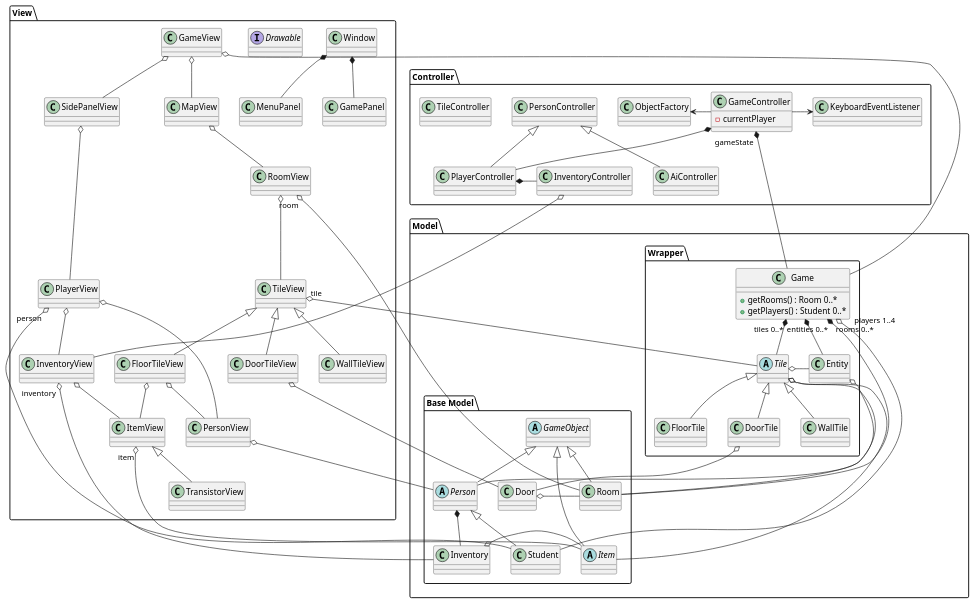
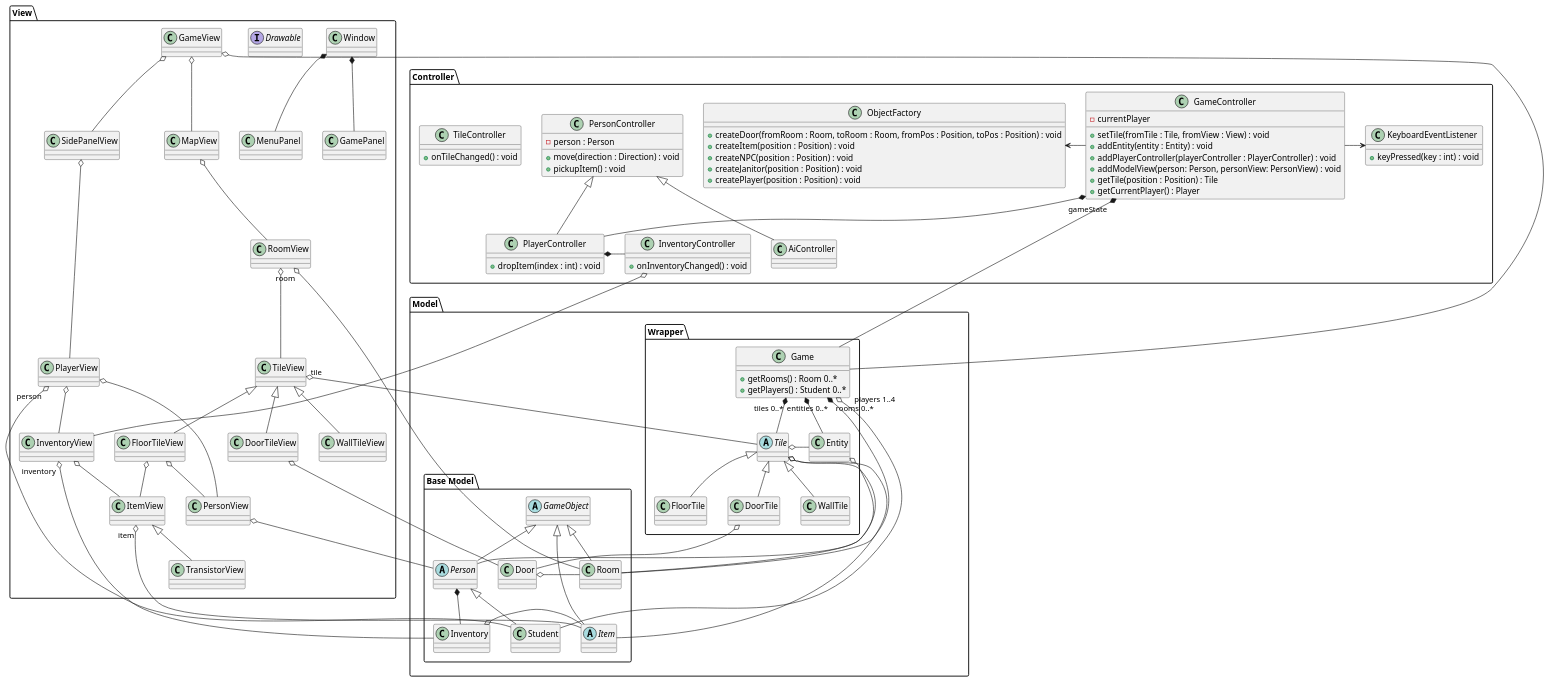
Before and after one commit to sn4k3ch4rm3r/logarlec: the diagram in docs/diagrams/class/tile-wrapping.puml, drawn with PlantUML.

Commit message:
initial extension of the controller package

```diff
--- a/docs/diagrams/class/tile-wrapping.puml
+++ b/docs/diagrams/class/tile-wrapping.puml
@@ -1,129 +1,154 @@
 @startuml tile-wrapping
 
 package Model {
     package "Base Model" {
         abstract GameObject
         class Room
         abstract Person
         abstract Item
         class Door
         class Inventory
 
         GameObject <|-- Room
         GameObject <|-- Person
         GameObject <|-- Item
 
         Door o- Room
         Person *-- Inventory
         Inventory o- Item
         Person <|-- Student
     }
 
     package "Wrapper" {
         class Game {
             + getRooms() : Room 0..*
             + getPlayers() : Student 0..*
         }
         abstract Tile
         class FloorTile
         class DoorTile
         class WallTile
 
         class Entity
 
         Tile <|-- FloorTile
         Tile <|-- DoorTile
         Tile <|-- WallTile
 
         Entity o-- Person
         Tile o-- Item
         Tile o- Entity
 
         Game "tiles 0..*" *-- Tile
         Game "entities 0..*" *-- Entity
     }
 
     Tile o-- Room
     DoorTile o-- Door
 
     Game "rooms 0..*" *-- Room
     Game "players 1..4" o-- Student
 }
 
 package Controller {
     class GameController {
         - currentPlayer
+        + setTile(fromTile : Tile, fromView : View) : void
+        + addEntity(entity : Entity) : void
+        + addPlayerController(playerController : PlayerController) : void
+        + addModelView(person: Person, personView: PersonView) : void
+        + getTile(position : Position) : Tile
+        + getCurrentPlayer() : Player
     }
-    class KeyboardEventListener
-    class PersonController
-    class PlayerController
+    class KeyboardEventListener{
+        + keyPressed(key : int) : void
+    }
+    class PersonController{
+        - person : Person
+        + move(direction : Direction) : void
+        + pickupItem() : void
+    }
+    class PlayerController{
+        + dropItem(index : int) : void
+    }
     class AiController
-    class InventoryController
-    class TileController
+    class InventoryController{
+        + onInventoryChanged() : void
+    }
+    class TileController{
+        + onTileChanged() : void
+    }
+    class ObjectFactory{
+        + createDoor(fromRoom : Room, toRoom : Room, fromPos : Position, toPos : Position) : void
+        + createItem(position : Position) : void
+        + createNPC(position : Position) : void
+        + createJanitor(position : Position) : void
+        + createPlayer(position : Position) : void
+    }
 
     PersonController <|-- PlayerController
     PersonController <|-- AiController
 
     GameController -> KeyboardEventListener
     ObjectFactory <- GameController
     GameController *-- PlayerController
     PlayerController *- InventoryController
 
 }
 
 package View {
     class Window
     class MenuPanel
     class GamePanel
 
     Window *-- MenuPanel
     Window *-- GamePanel
 
     interface Drawable
     ' Everything ending in View should implement
     ' Drawable, but it's already chaotic enough
     class GameView
     class MapView
     class SidePanelView
     class RoomView
     class TileView
     class FloorTileView
     class WallTileView
     class DoorTileView
     class PlayerView
     class InventoryView
     class ItemView
     class TransistorView
 
     ItemView <|-- TransistorView
     TileView <|-- FloorTileView
     TileView <|-- WallTileView
     TileView <|-- DoorTileView
 
     InventoryView o-- ItemView
     GameView o-- SidePanelView
     SidePanelView o-- PlayerView
     GameView o-- MapView
     MapView o-- RoomView
     RoomView o-- TileView
     FloorTileView o-- PersonView
     FloorTileView o-- ItemView
     PlayerView o-- InventoryView
     PlayerView o-- PersonView
 }
 
 GameController "gameState" *--- Game
 ' GameController "objectViews 0..*" *--- Drawable
 
 GameView o-- Game
 
 PlayerView "person" o-- Student
 InventoryController o--- InventoryView
 InventoryView "inventory" o-- Inventory
 ItemView "item" o-- Item
 RoomView "room" o-- Room
 TileView "tile" o-- Tile
 DoorTileView o-- Door
 PersonView o-- Person
 
 @enduml
```
